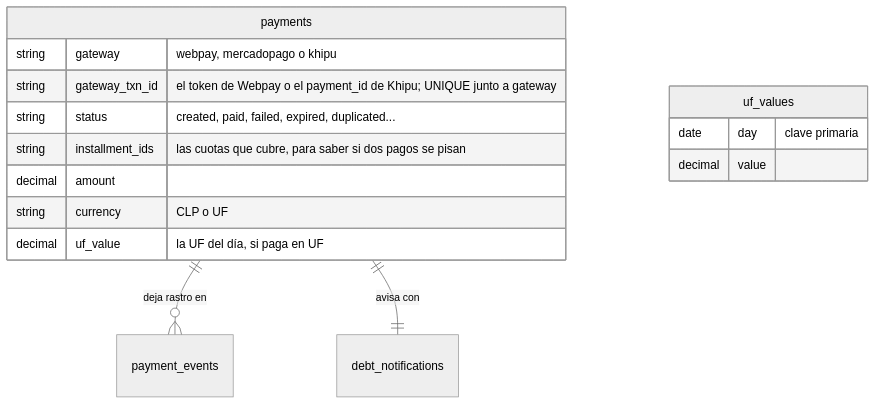
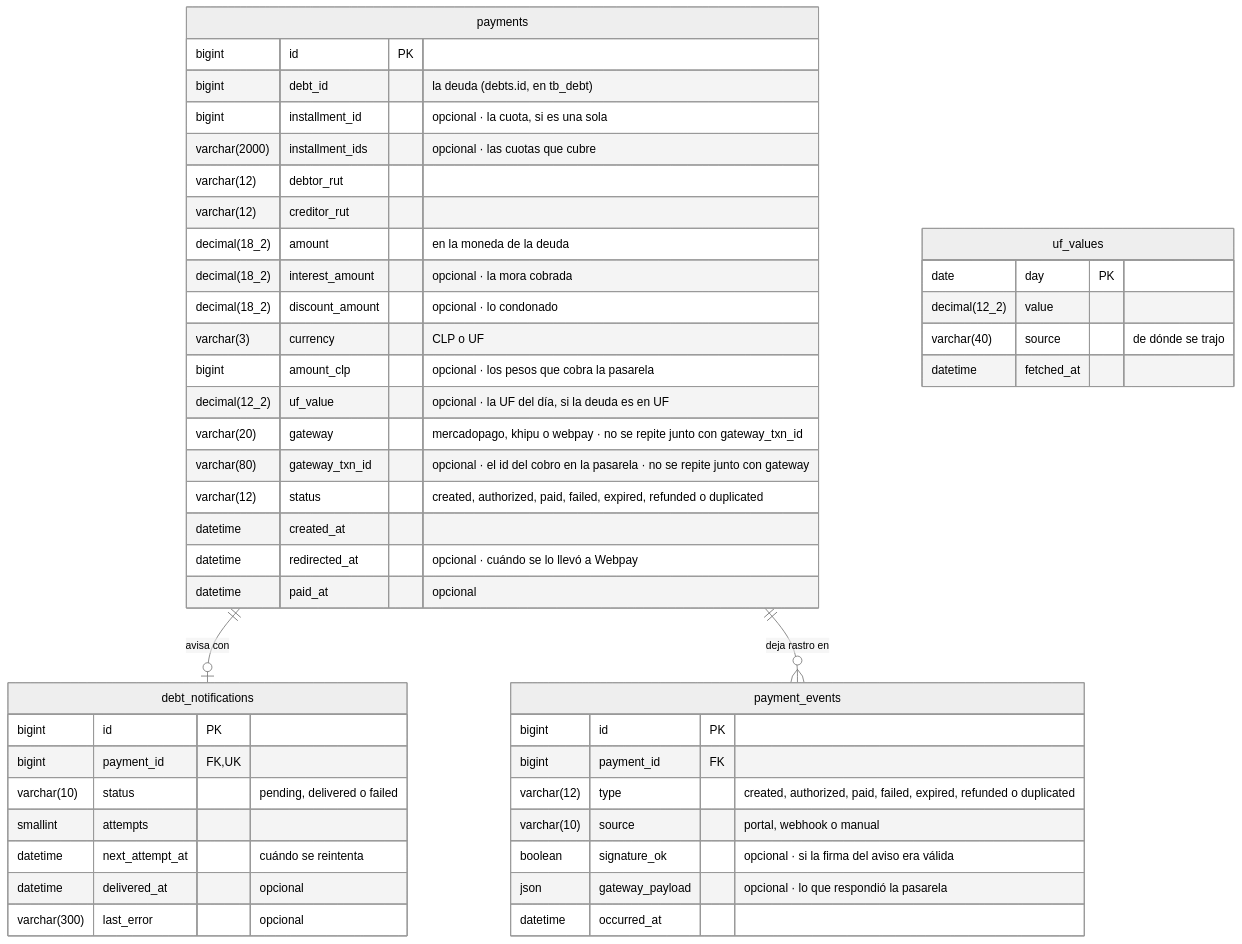
Before and after one commit to TechnicalBridge/DataBridge: the sixth of 17 diagrams in README.md, drawn with Mermaid (neutral theme). The commit also changed other lines of this file, not shown here.

First line of the commit message:
docs(readme): Poner el README al día con el código y la API apagada

````diff
--- a/README.md
+++ b/README.md
@@ -1033,18 +1397,49 @@
 ```mermaid
 erDiagram
-    payments ||--o{ payment_events     : "deja rastro en"
-    payments ||--|| debt_notifications : "avisa con"
+    payments ||--o| debt_notifications : "avisa con"
+    payments ||--o{ payment_events : "deja rastro en"
+    debt_notifications {
+        bigint id PK
+        bigint payment_id FK, UK
+        varchar(10) status "pending, delivered o failed"
+        smallint attempts
+        datetime next_attempt_at "cuándo se reintenta"
+        datetime delivered_at "opcional"
+        varchar(300) last_error "opcional"
+    }
+    payment_events {
+        bigint id PK
+        bigint payment_id FK
+        varchar(12) type "created, authorized, paid, failed, expired, refunded o duplicated"
+        varchar(10) source "portal, webhook o manual"
+        boolean signature_ok "opcional · si la firma del aviso era válida"
+        json gateway_payload "opcional · lo que respondió la pasarela"
+        datetime occurred_at
+    }
     payments {
-        string gateway "webpay, mercadopago o khipu"
-        string gateway_txn_id "el token de Webpay o el payment_id de Khipu; UNIQUE junto a gateway"
-        string status "created, paid, failed, expired, duplicated..."
-        string installment_ids "las cuotas que cubre, para saber si dos pagos se pisan"
-        decimal amount
-        string currency "CLP o UF"
-        decimal uf_value "la UF del día, si paga en UF"
+        bigint id PK
+        bigint debt_id "la deuda (debts.id, en tb_debt)"
+        bigint installment_id "opcional · la cuota, si es una sola"
+        varchar(2000) installment_ids "opcional · las cuotas que cubre"
+        varchar(12) debtor_rut
+        varchar(12) creditor_rut
+        decimal(18_2) amount "en la moneda de la deuda"
+        decimal(18_2) interest_amount "opcional · la mora cobrada"
+        decimal(18_2) discount_amount "opcional · lo condonado"
+        varchar(3) currency "CLP o UF"
+        bigint amount_clp "opcional · los pesos que cobra la pasarela"
+        decimal(12_2) uf_value "opcional · la UF del día, si la deuda es en UF"
+        varchar(20) gateway "mercadopago, khipu o webpay · no se repite junto con gateway_txn_id"
+        varchar(80) gateway_txn_id "opcional · el id del cobro en la pasarela · no se repite junto con gateway"
+        varchar(12) status "created, authorized, paid, failed, expired, refunded o duplicated"
+        datetime created_at
+        datetime redirected_at "opcional · cuándo se lo llevó a Webpay"
+        datetime paid_at "opcional"
     }
     uf_values {
-        date day "clave primaria"
-        decimal value
+        date day PK
+        decimal(12_2) value
+        varchar(40) source "de dónde se trajo"
+        datetime fetched_at
     }
 ```
````
